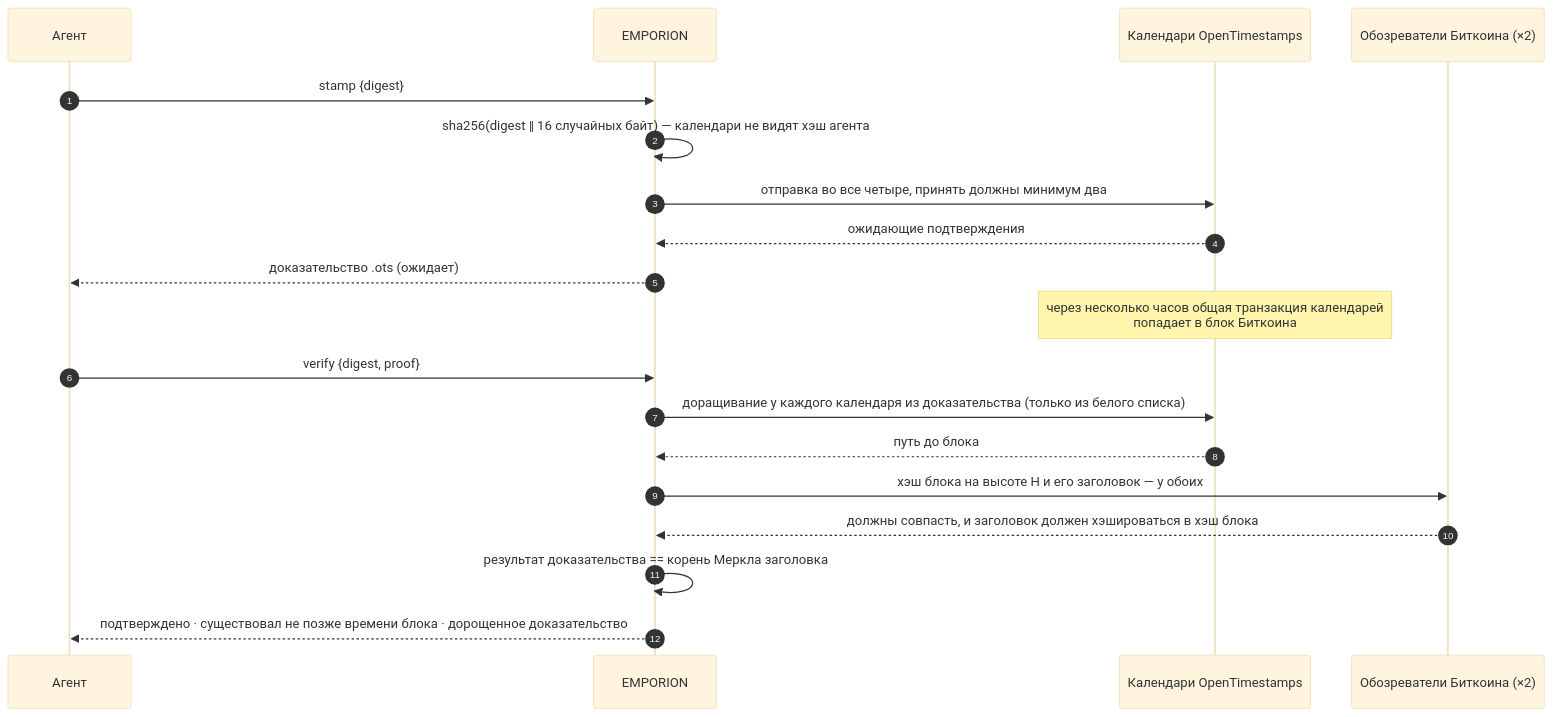
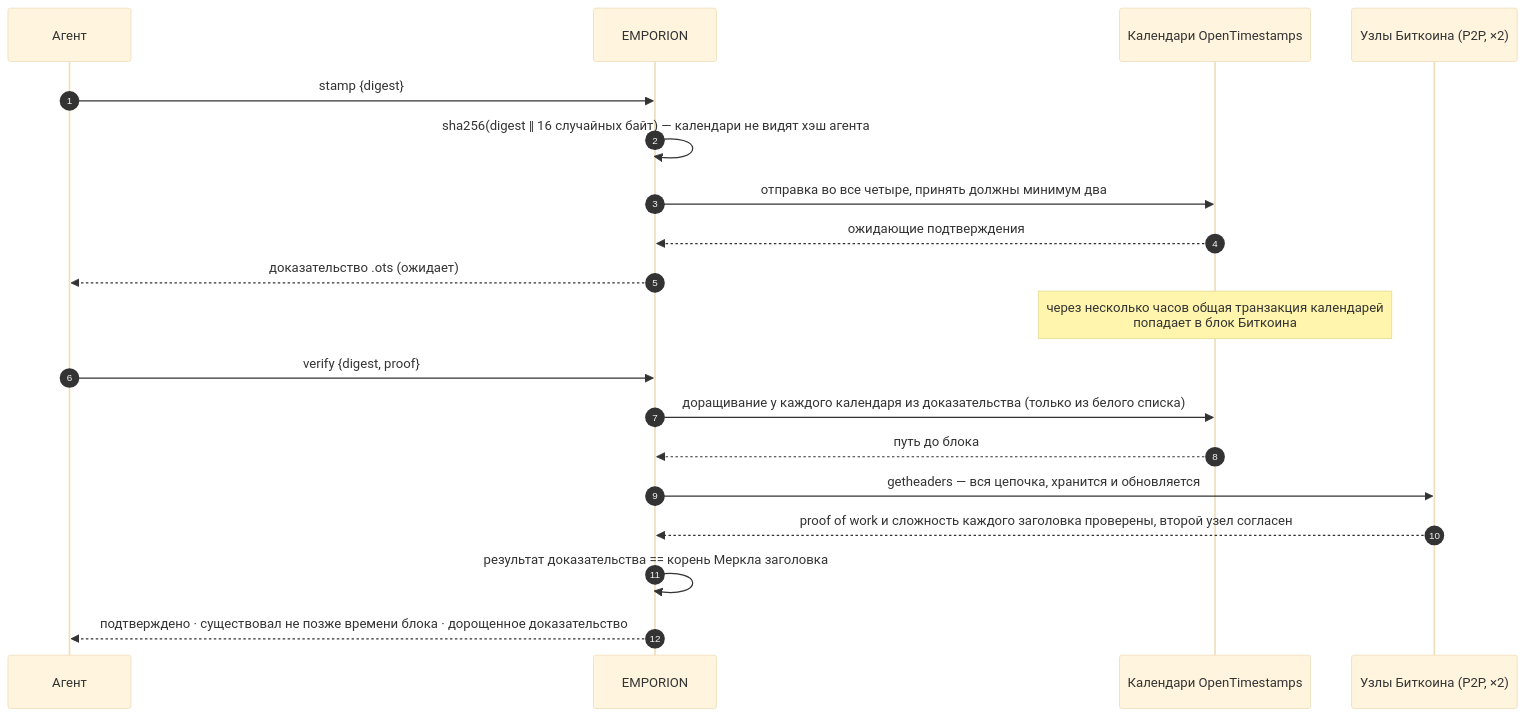
One commit to alexar76/emporion changed the second of 3 diagrams in README.ru.md. Above: the diagram before and after it, drawn with Mermaid (base theme). The commit also changed other lines of this file and 26 other files, not shown here.

````diff
--- a/README.ru.md
+++ b/README.ru.md
@@ -139,21 +139,21 @@
 ```mermaid
 sequenceDiagram
     autonumber
     participant A as Агент
     participant E as EMPORION
     participant C as Календари OpenTimestamps
-    participant B as Обозреватели Биткоина (×2)
+    participant B as Узлы Биткоина (P2P, ×2)
     A->>E: stamp {digest}
     E->>E: sha256(digest ‖ 16 случайных байт) — календари не видят хэш агента
     E->>C: отправка во все четыре, принять должны минимум два
     C-->>E: ожидающие подтверждения
     E-->>A: доказательство .ots (ожидает)
     Note over C: через несколько часов общая транзакция календарей<br/>попадает в блок Биткоина
     A->>E: verify {digest, proof}
     E->>C: доращивание у каждого календаря из доказательства (только из белого списка)
     C-->>E: путь до блока
-    E->>B: хэш блока на высоте H и его заголовок — у обоих
-    B-->>E: должны совпасть, и заголовок должен хэшироваться в хэш блока
+    E->>B: getheaders — вся цепочка, хранится и обновляется
+    B-->>E: proof of work и сложность каждого заголовка проверены, второй узел согласен
     E->>E: результат доказательства == корень Меркла заголовка
     E-->>A: подтверждено · существовал не позже времени блока · дорощенное доказательство
 ```
````
